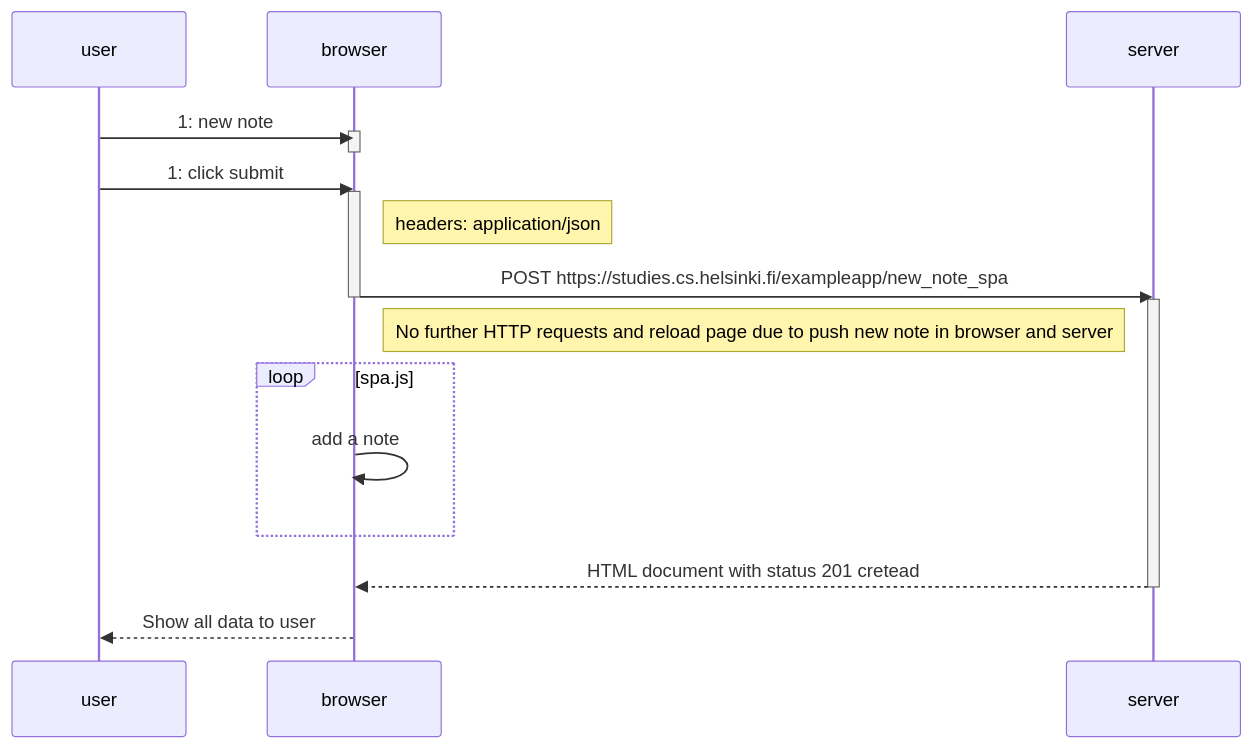
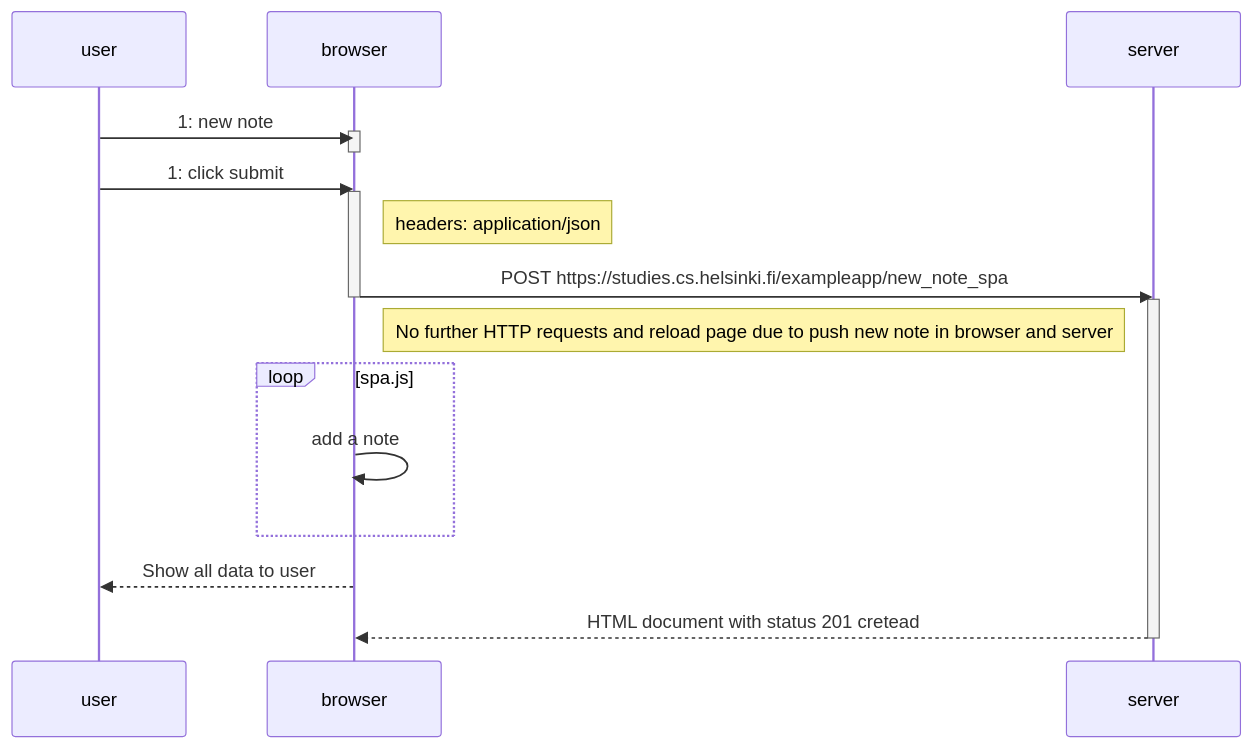
Before and after one commit to ErickEpnf18/Full-Stack: the diagram in part0/6_spa_new_note_diagram.MD, drawn with Mermaid. The commit also changed other lines of this file, not shown here.

Commit message:
add a spa_new_note_diagram

````diff
--- a/part0/6_spa_new_note_diagram.MD
+++ b/part0/6_spa_new_note_diagram.MD
@@ -1,25 +1,25 @@
 ```mermaid
 sequenceDiagram
     participant user
     participant browser
     participant server
     
     user->>browser: 1: new note 
     activate browser
     deactivate browser
     user->>browser: 1: click submit
     activate browser
 
     Note right of browser: headers: application/json 
     browser->>server: POST https://studies.cs.helsinki.fi/exampleapp/new_note_spa
     deactivate browser
     activate server
     Note right of browser: No further HTTP requests and reload page due to push new note in browser and server
     loop spa.js
     browser->>browser: add a note
     end
+    browser-->>user: Show all data to user
     server-->>browser: HTML document with status 201 cretead
     deactivate server
 
-    browser-->>user: Show all data to user
 ```
````
